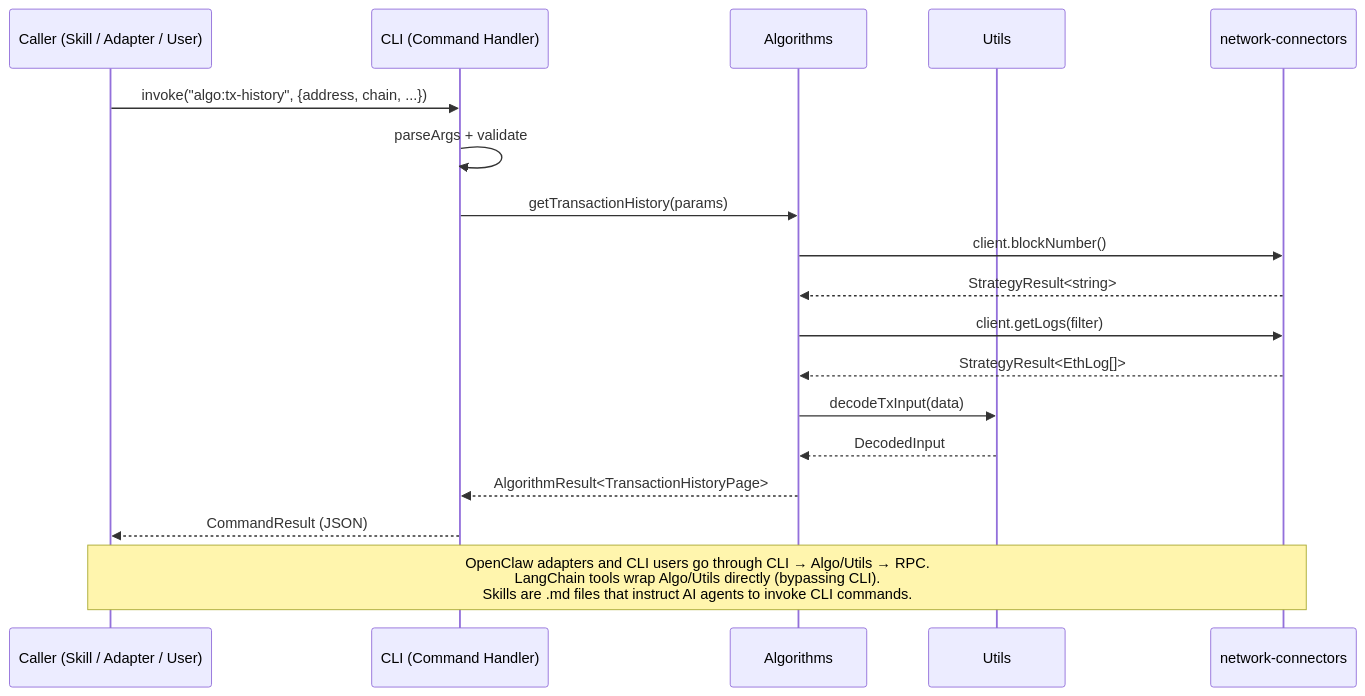
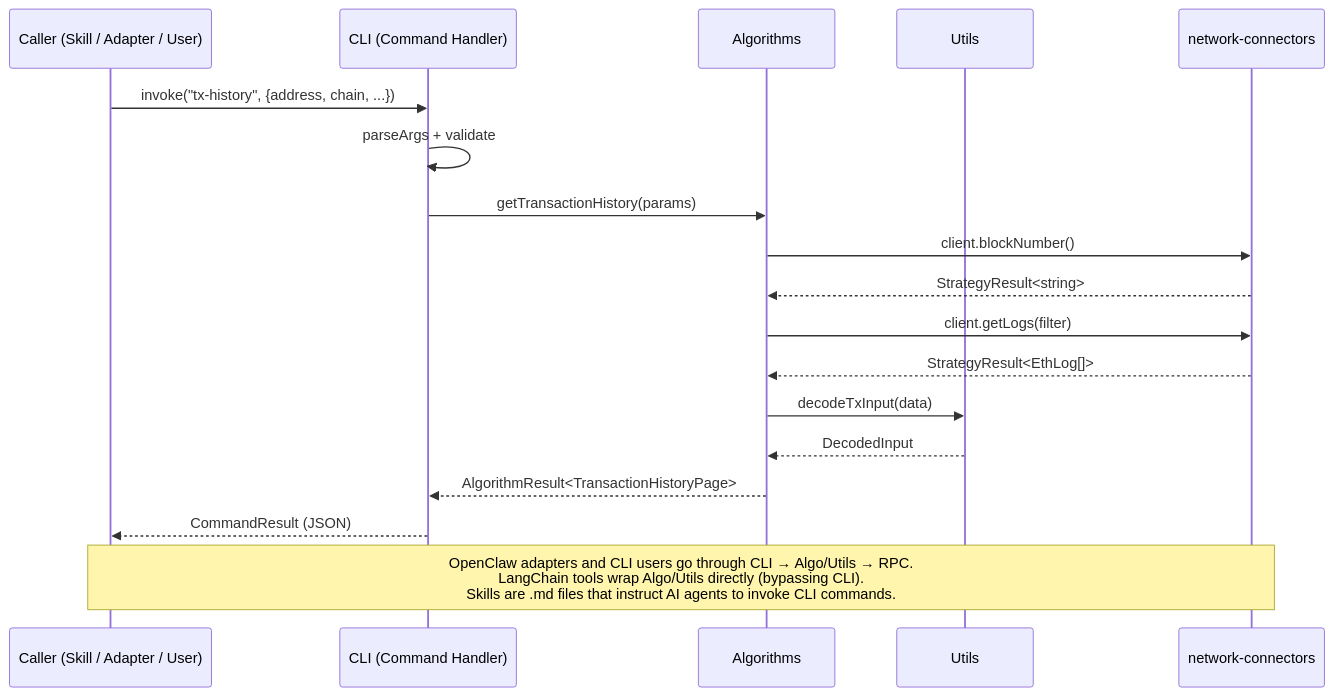
One commit to MatiasOS/ia changed the second of 2 diagrams in ARCHITECTURE.md. Above: the diagram before and after it, drawn with Mermaid. The commit also changed other lines of this file and 16 other files, not shown here.

````diff
--- a/ARCHITECTURE.md
+++ b/ARCHITECTURE.md
@@ -84,22 +84,22 @@
 ```mermaid
 sequenceDiagram
     participant Caller as Caller (Skill / Adapter / User)
     participant CLI as CLI (Command Handler)
     participant Algo as Algorithms
     participant Utils
     participant RPC as network-connectors
 
-    Caller->>CLI: invoke("algo:tx-history", {address, chain, ...})
+    Caller->>CLI: invoke("tx-history", {address, chain, ...})
     CLI->>CLI: parseArgs + validate
     CLI->>Algo: getTransactionHistory(params)
     Algo->>RPC: client.blockNumber()
     RPC-->>Algo: StrategyResult<string>
     Algo->>RPC: client.getLogs(filter)
     RPC-->>Algo: StrategyResult<EthLog[]>
     Algo->>Utils: decodeTxInput(data)
     Utils-->>Algo: DecodedInput
     Algo-->>CLI: AlgorithmResult<TransactionHistoryPage>
     CLI-->>Caller: CommandResult (JSON)
 
     Note over Caller,RPC: OpenClaw adapters and CLI users go through CLI → Algo/Utils → RPC.<br/>LangChain tools wrap Algo/Utils directly (bypassing CLI).<br/>Skills are .md files that instruct AI agents to invoke CLI commands.
 ```
````
